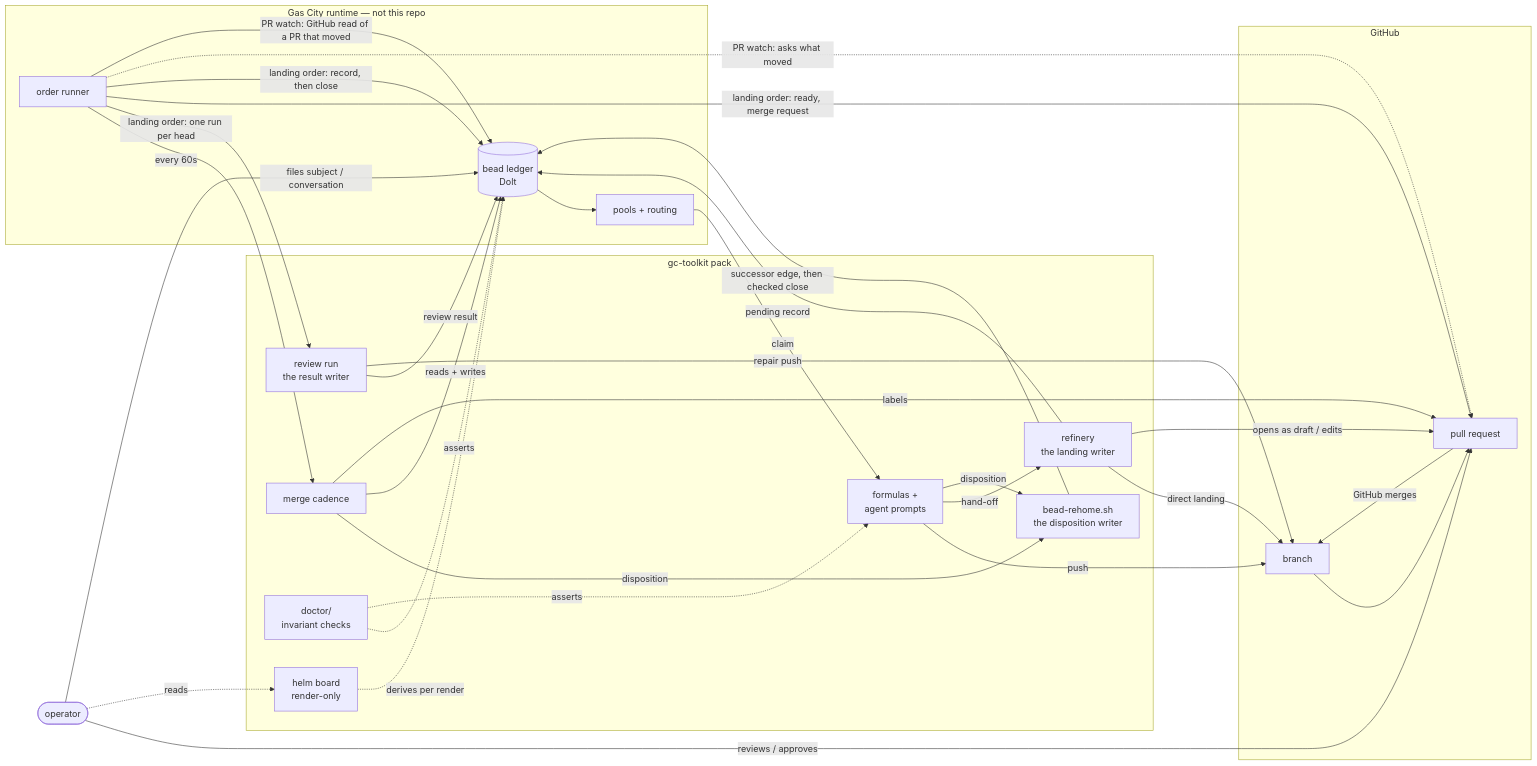
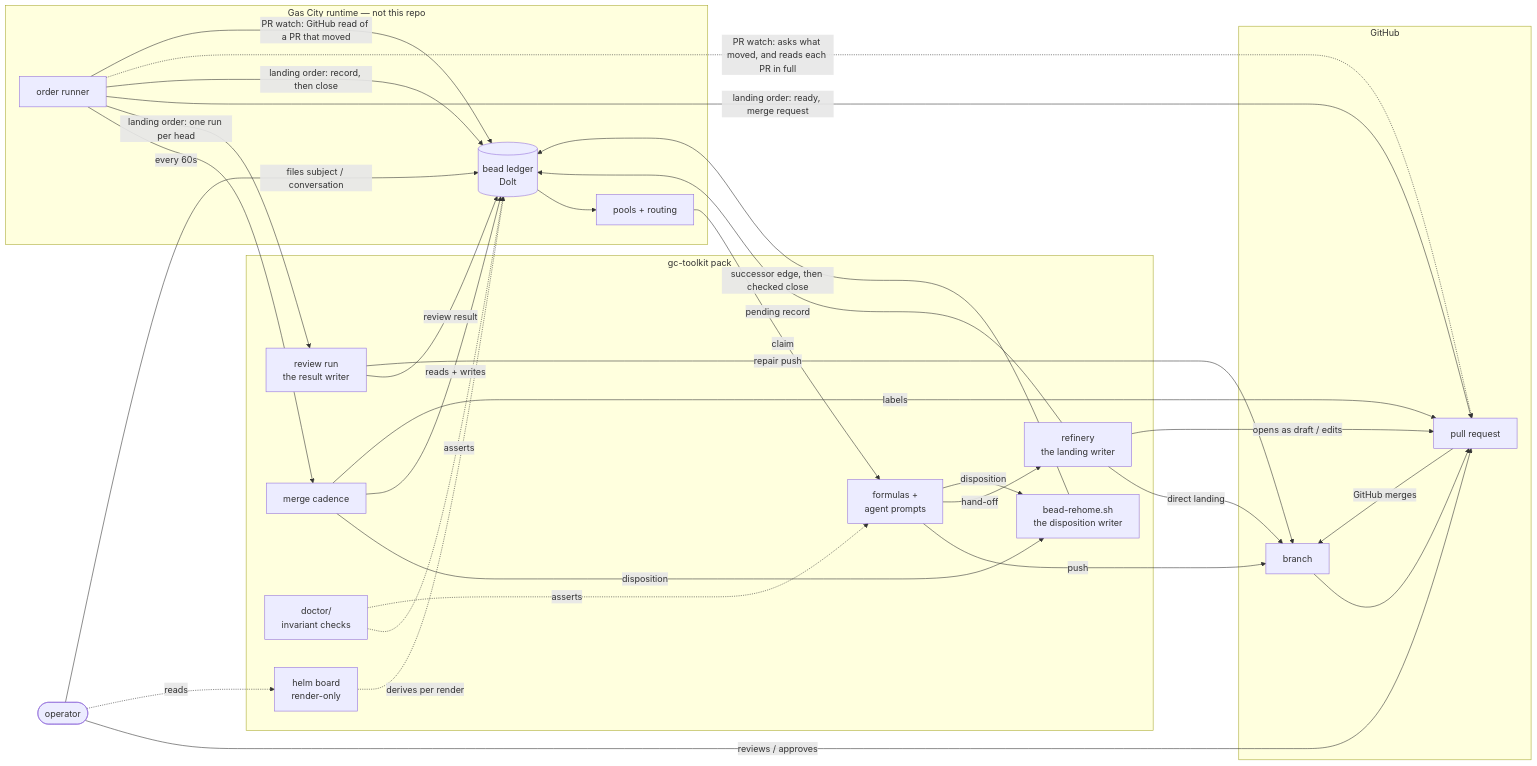
One commit to zookanalytics/gc-toolkit changed the diagram in docs/architecture.md. Above: the diagram before and after it, drawn with Mermaid. The commit also changed 19 other files, not shown here.

````diff
--- a/docs/architecture.md
+++ b/docs/architecture.md
@@ -40,51 +40,51 @@
 ```mermaid
 flowchart LR
   OP([operator])
   subgraph city["Gas City runtime — not this repo"]
     LEDGER[(bead ledger<br/>Dolt)]
     POOL[pools + routing]
     ORD[order runner]
   end
   subgraph pack["gc-toolkit pack"]
     FORM[formulas +<br/>agent prompts]
     REF[refinery<br/>the landing writer]
     DISP[bead-rehome.sh<br/>the disposition writer]
     CAD[merge cadence]
     RUN[review run<br/>the result writer]
     DOC[doctor/<br/>invariant checks]
     HELM[helm board<br/>render-only]
   end
   subgraph git["GitHub"]
     BR[branch]
     PR[pull request]
   end
 
   OP -->|files subject / conversation| LEDGER
   OP -->|reviews / approves| PR
   OP -.->|reads| HELM
   LEDGER --> POOL
   POOL -->|claim| FORM
   FORM -->|push| BR
   FORM -->|hand-off| REF
   REF -->|direct landing| BR
   REF -->|opens as draft / edits| PR
   REF -->|pending record| LEDGER
   FORM -->|disposition| DISP
   CAD -->|disposition| DISP
   DISP -->|successor edge, then checked close| LEDGER
   RUN -->|review result| LEDGER
   RUN -->|repair push| BR
   ORD -->|every 60s| CAD
   ORD -->|landing order: one run per head| RUN
   ORD -->|landing order: ready, merge request| PR
   ORD -->|landing order: record, then close| LEDGER
-  ORD -.->|PR watch: asks what moved| PR
+  ORD -.->|PR watch: asks what moved, and reads each PR in full| PR
   ORD -->|PR watch: GitHub read of a PR that moved| LEDGER
   CAD -->|reads + writes| LEDGER
   CAD -->|labels| PR
   BR --> PR
   PR -->|GitHub merges| BR
   HELM -.->|derives per render| LEDGER
   DOC -.->|asserts| LEDGER
   DOC -.->|asserts| FORM
 ```
````
